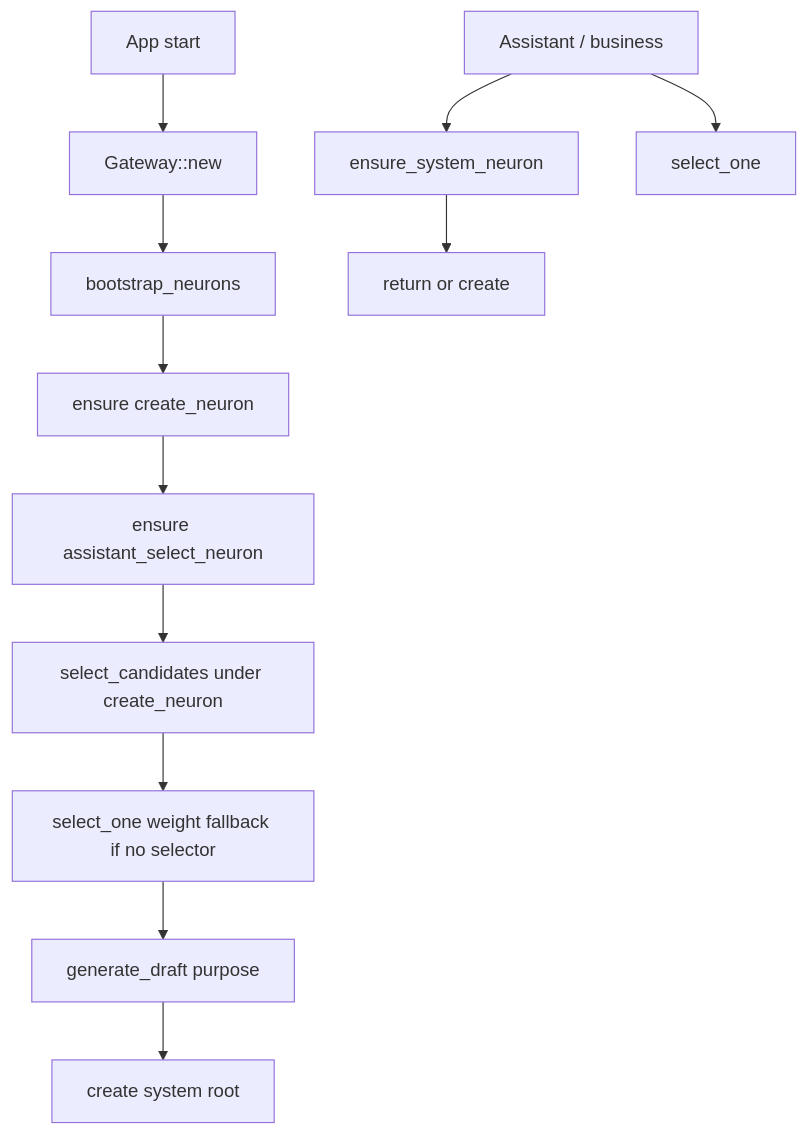
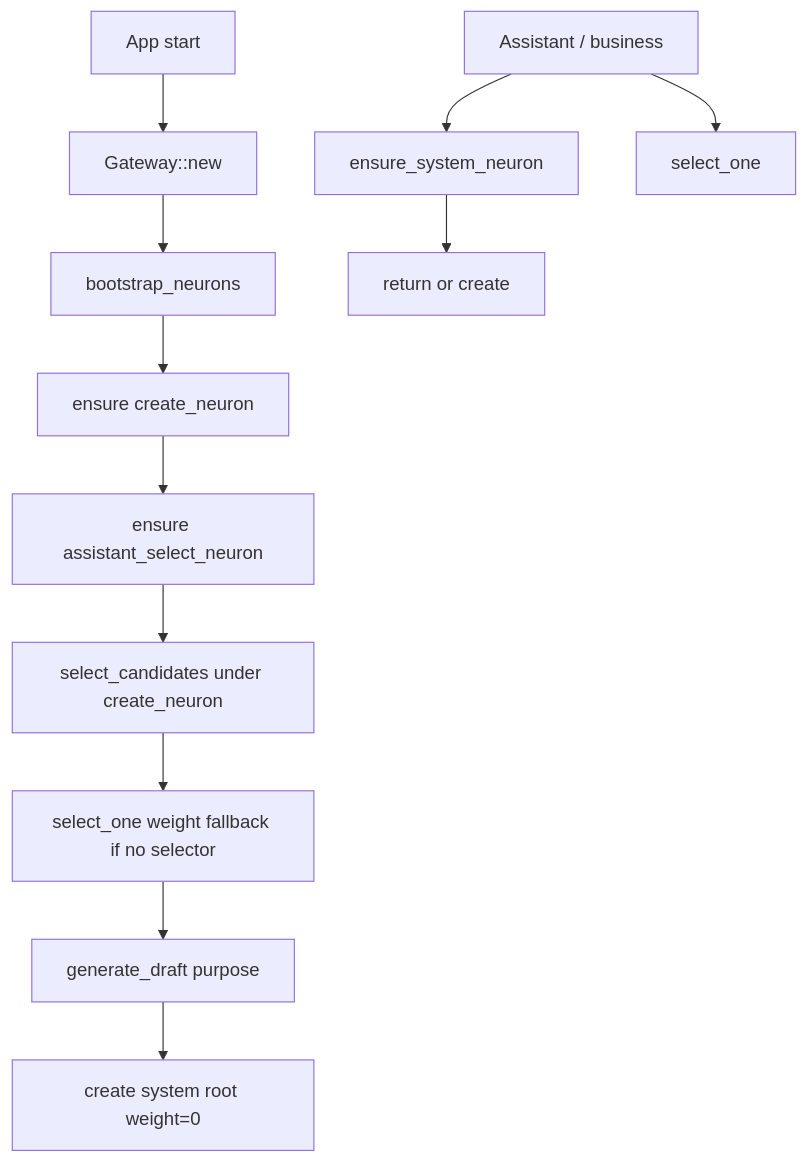
The diagram in docs/sdd-lab/2026-07-29_22-50_neuron-system-prompt-ready/technical-plan.md (luoanb/new-start), drawn with Mermaid before and after one commit. The commit also changed other lines of this file and 30 other files, not shown here.

````diff
--- a/docs/sdd-lab/2026-07-29_22-50_neuron-system-prompt-ready/technical-plan.md
+++ b/docs/sdd-lab/2026-07-29_22-50_neuron-system-prompt-ready/technical-plan.md
@@ -166,15 +168,15 @@
 ```mermaid
 flowchart TD
   start[App start] --> gw[Gateway::new]
   gw --> boot[bootstrap_neurons]
   boot --> creator[ensure create_neuron]
   creator --> selAssist[ensure assistant_select_neuron]
   selAssist --> pool7[select_candidates under create_neuron]
   pool7 --> one[select_one weight fallback if no selector]
   one --> draft[generate_draft purpose]
-  draft --> root[create system root]
+  draft --> root[create system root weight=0]
 
   biz[Assistant / business] --> ensure[ensure_system_neuron]
   ensure --> root2[return or create]
   biz --> selectOne[select_one]
 ```
````
